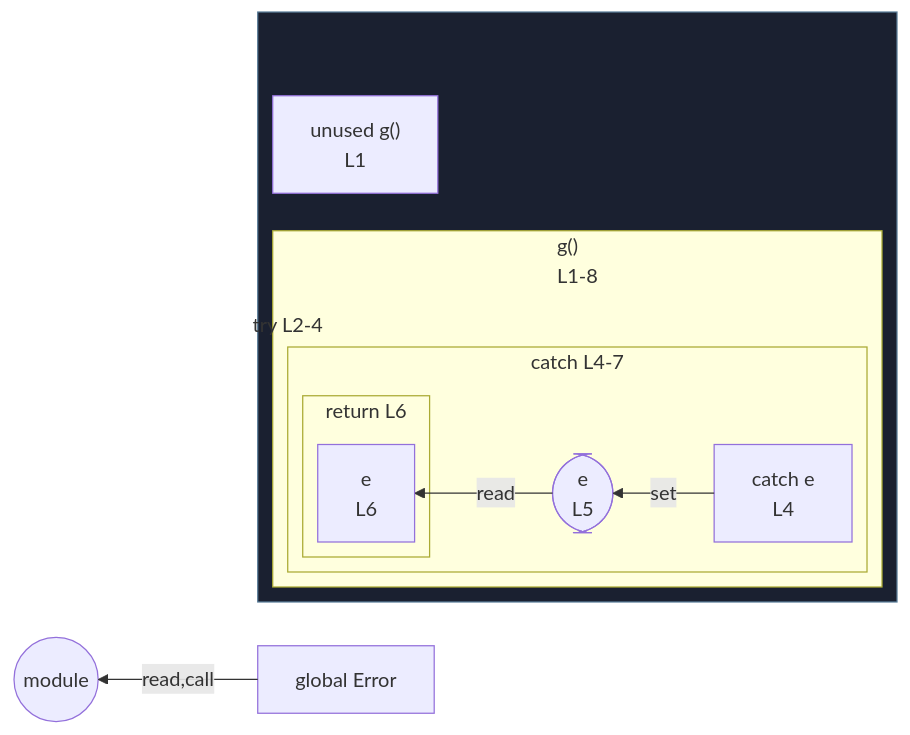
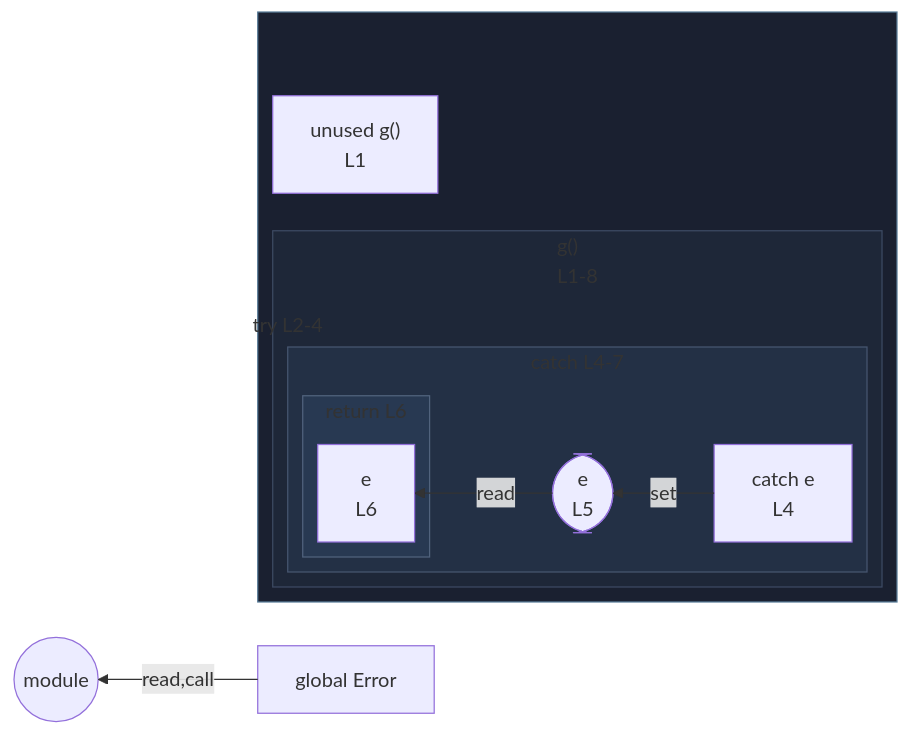
The diagram in integration/fixtures/try-statement/catch-reassignment/preview.md (crescware/unsnarl), drawn with Mermaid before and after one commit. The commit also changed 249 other files, not shown here.

First line of the commit message:
Color Mermaid subgraphs by nesting depth via theme palette

````diff
--- a/integration/fixtures/try-statement/catch-reassignment/preview.md
+++ b/integration/fixtures/try-statement/catch-reassignment/preview.md
@@ -18,30 +18,37 @@
 ```mermaid
 %%{init: {"flowchart": {"defaultRenderer": "elk"}}}%%
 flowchart RL
   n_scope_0_Error_46["global Error"]
   subgraph wrap_s_scope_1[" "]
     direction TB
     n_scope_0_g_9["unused g()<br/>L1"]
     subgraph s_scope_1["g()<br/>L1-8"]
       direction RL
       subgraph s_scope_2["try L2-4"]
         direction RL
       end
       subgraph s_scope_3["catch L4-7"]
         direction RL
         n_scope_3_e_72["catch e<br/>L4"]
         wr_ref_1(["e<br/>L5"])
         subgraph s_return_scope_0_g_9_102_111["return L6"]
           direction RL
           ret_use_ref_2["e<br/>L6"]
         end
       end
     end
   end
   n_scope_3_e_72 -->|set| wr_ref_1
   n_scope_0_Error_46 -->|read,call| module_root
   wr_ref_1 -->|read| ret_use_ref_2
   module_root((module))
   classDef fnWrap fill:#1a2030,stroke:#5a7d99;
   class wrap_s_scope_1 fnWrap;
+  classDef nestL1 fill:#1e2738,stroke:#3d4a63;
+  class s_scope_1 nestL1;
+  classDef nestL2 fill:#233045,stroke:#475670;
+  class s_scope_2 nestL2;
+  class s_scope_3 nestL2;
+  classDef nestL3 fill:#283952,stroke:#51637d;
+  class s_return_scope_0_g_9_102_111 nestL3;
 ```
````
